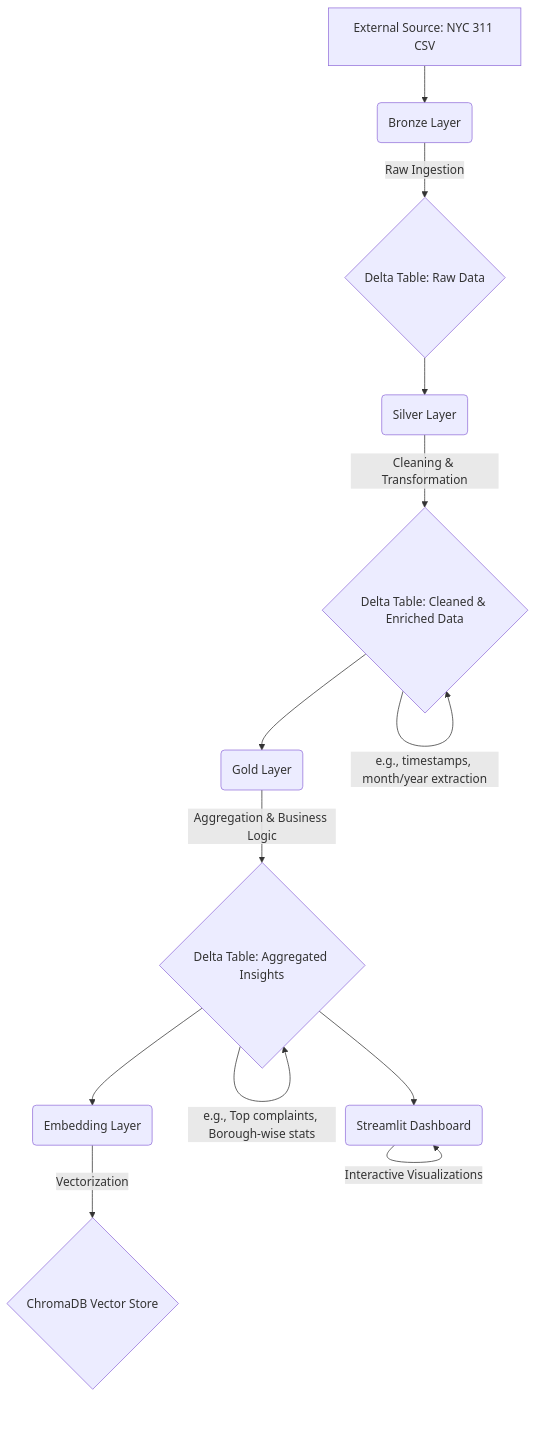
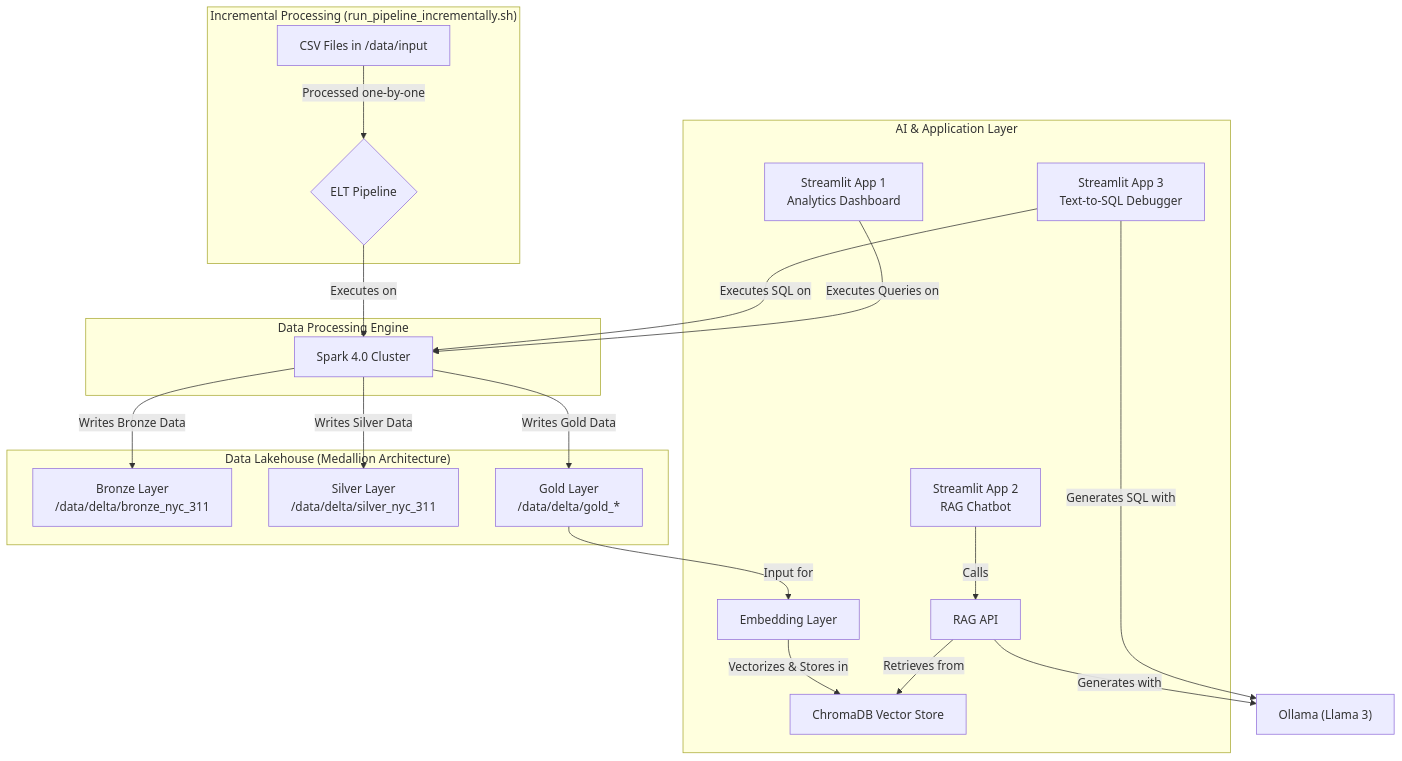
One commit to learningfun-dev/nyc311-delta-spark changed the diagram in README.md. Above: the diagram before and after it, drawn with Mermaid. The commit also changed other lines of this file and 14 other files, not shown here.

````diff
--- a/README.md
+++ b/README.md
@@ -51,15 +24,44 @@
 ```mermaid
 graph TD
-    A[External Source: NYC 311 CSV] --> B(Bronze Layer);
-    B -- Raw Ingestion --> C{Delta Table: Raw Data};
-    C --> D(Silver Layer);
-    D -- Cleaning & Transformation --> E{Delta Table: Cleaned & Enriched Data};
-    E -- e.g., timestamps, month/year extraction --> E;
-    E --> F(Gold Layer);
-    F -- Aggregation & Business Logic --> G{Delta Table: Aggregated Insights};
-    G -- e.g., Top complaints, Borough-wise stats --> G;
-    G --> H(Embedding Layer);
-    H -- Vectorization --> I{ChromaDB Vector Store};
-    G --> J(Streamlit Dashboard);
-    J -- Interactive Visualizations --> J;
+    subgraph "Incremental Processing (run_pipeline_incrementally.sh)"
+        A[CSV Files in /data/input] -- "Processed one-by-one" --> B{ELT Pipeline};
+    end
+
+    subgraph "Data Processing Engine"
+        C[Spark 4.0 Cluster]
+    end
+    
+    B -- "Executes on" --> C
+
+    subgraph "Data Lakehouse (Medallion Architecture)"
+        D["Bronze Layer<br>/data/delta/bronze_nyc_311"]
+        E["Silver Layer<br>/data/delta/silver_nyc_311"]
+        F["Gold Layer<br>/data/delta/gold_*"]
+    end
+
+    C -- "Writes Bronze Data" --> D
+    C -- "Writes Silver Data" --> E
+    C -- "Writes Gold Data" --> F
+    
+    J["Ollama (Llama 3)"]
+    subgraph "AI & Application Layer"
+        G[Embedding Layer]
+        H[ChromaDB Vector Store]
+        I[RAG API]
+        K[Streamlit App 1<br>Analytics Dashboard]
+        L[Streamlit App 2<br>RAG Chatbot]
+        M[Streamlit App 3<br>Text-to-SQL Debugger]
+    end
+
+    F -- "Input for" --> G
+    G -- "Vectorizes & Stores in" --> H
+    
+    I -- "Retrieves from" --> H
+    I -- "Generates with" --> J
+    L -- "Calls" --> I
+
+    M -- "Generates SQL with" --> J
+    M -- "Executes SQL on" --> C
+    
+    K -- "Executes Queries on" --> C
 ```
````
